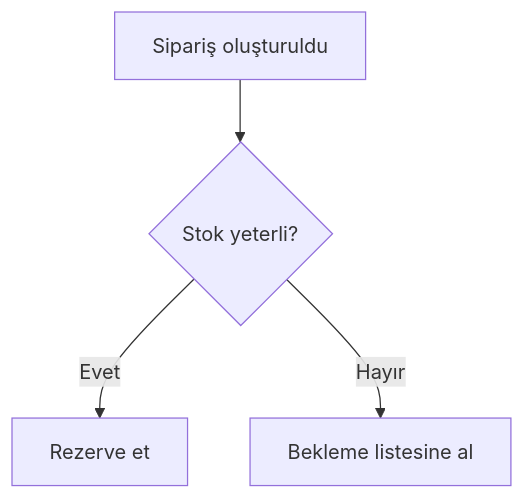
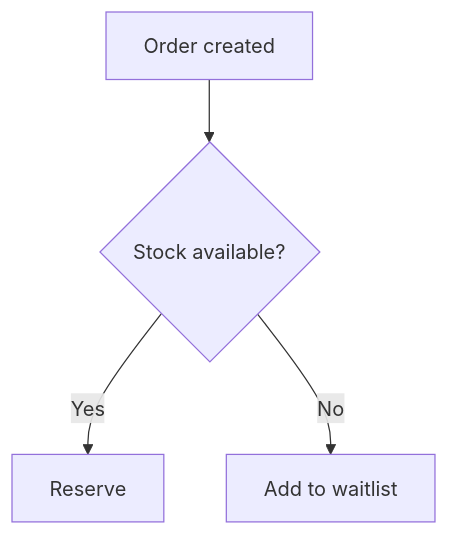
Before and after one commit to bturksoy/claude-code-app-studio: the diagram in .claude/agents/business-analyst.md, drawn with Mermaid. The commit also changed other lines of this file and 87 other files, not shown here.

````diff
--- a/.claude/agents/business-analyst.md
+++ b/.claude/agents/business-analyst.md
@@ -93,6 +93,6 @@
 ```mermaid
 flowchart TD
-  A[Sipariş oluşturuldu] --> B{Stok yeterli?}
-  B -->|Evet| C[Rezerve et]
-  B -->|Hayır| D[Bekleme listesine al]
+  A[Order created] --> B{Stock available?}
+  B -->|Yes| C[Reserve]
+  B -->|No| D[Add to waitlist]
 ```
````
